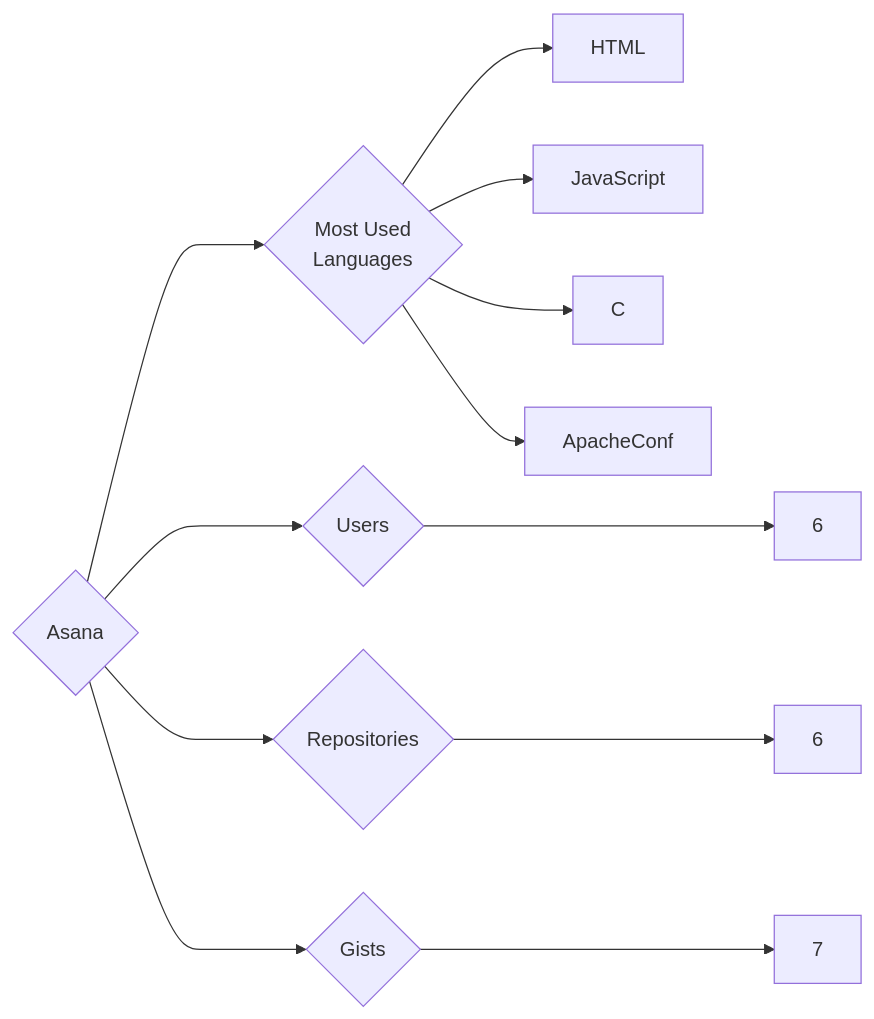
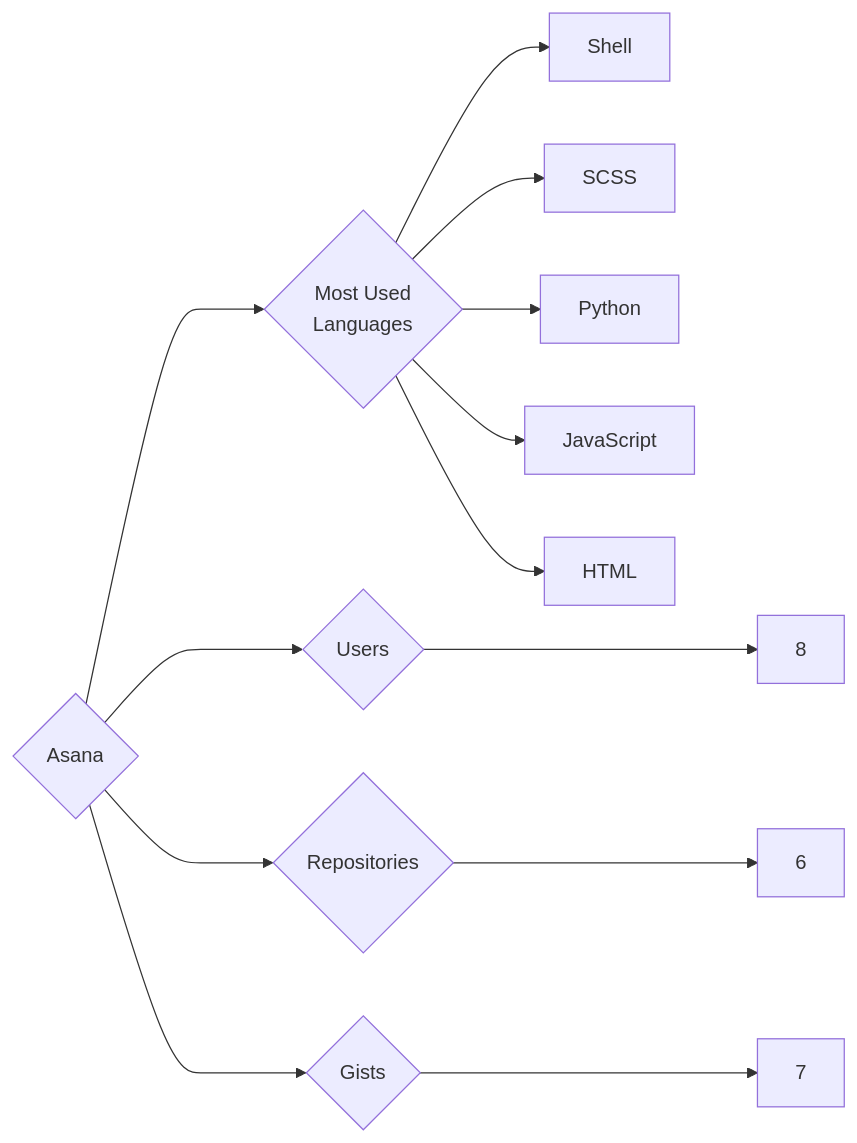
Before and after one commit to trickest/insiders: the diagram in targets/Asana/README.md, drawn with Mermaid. The commit also changed 1055 other files, not shown here.

````diff
--- a/targets/Asana/README.md
+++ b/targets/Asana/README.md
@@ -3,12 +3,13 @@
 ```mermaid
 graph LR
 COMPANY_NAME{Asana}
-COMPANY_NAME ---> U{Users} ---> UN[6]
+COMPANY_NAME ---> U{Users} ---> UN[8]
 COMPANY_NAME ---> R{Repositories} ---> RN[6]
 COMPANY_NAME ---> G{Gists} ---> GN[7]
 COMPANY_NAME ---> ML{Most Used<br>Languages}
+ML --> Shell[Shell]
+ML --> SCSS[SCSS]
+ML --> Python[Python]
+ML --> JavaScript[JavaScript]
 ML --> HTML[HTML]
-ML --> JavaScript[JavaScript]
-ML --> C[C]
-ML --> ApacheConf[ApacheConf]
 ```
````
